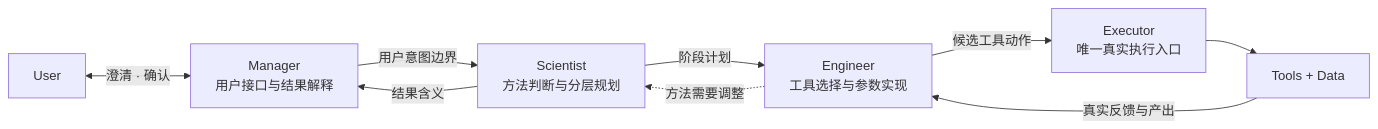
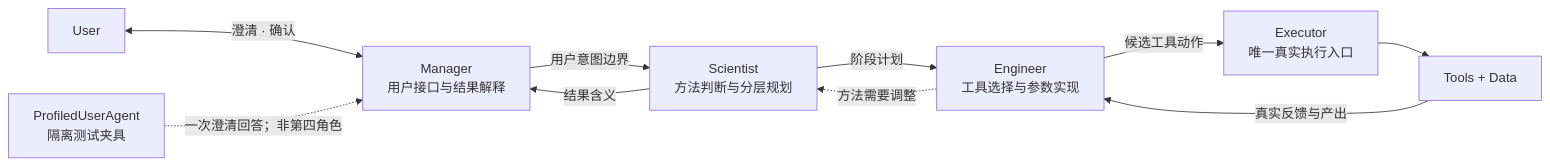
Before and after one commit to zhelunSun/URSA: the second of 3 diagrams in docs/thesis/ch1_evidence_system/module_continuity_map.md, drawn with Mermaid. The commit also changed other lines of this file and 6 other files, not shown here.

````diff
--- a/docs/thesis/ch1_evidence_system/module_continuity_map.md
+++ b/docs/thesis/ch1_evidence_system/module_continuity_map.md
@@ -49,11 +49,12 @@
 ```mermaid
 flowchart LR
     U["User"] <-->|"澄清 · 确认"| M["Manager<br/>用户接口与结果解释"]
+    UA["ProfiledUserAgent<br/>隔离测试夹具"] -. "一次澄清回答；非第四角色" .-> M
     M -->|"用户意图边界"| S["Scientist<br/>方法判断与分层规划"]
     S -->|"阶段计划"| E["Engineer<br/>工具选择与参数实现"]
     E -->|"候选工具动作"| X["Executor<br/>唯一真实执行入口"]
     X --> T["Tools + Data"]
     T -->|"真实反馈与产出"| E
     E -. "方法需要调整" .-> S
     S -->|"结果含义"| M
 ```
````
